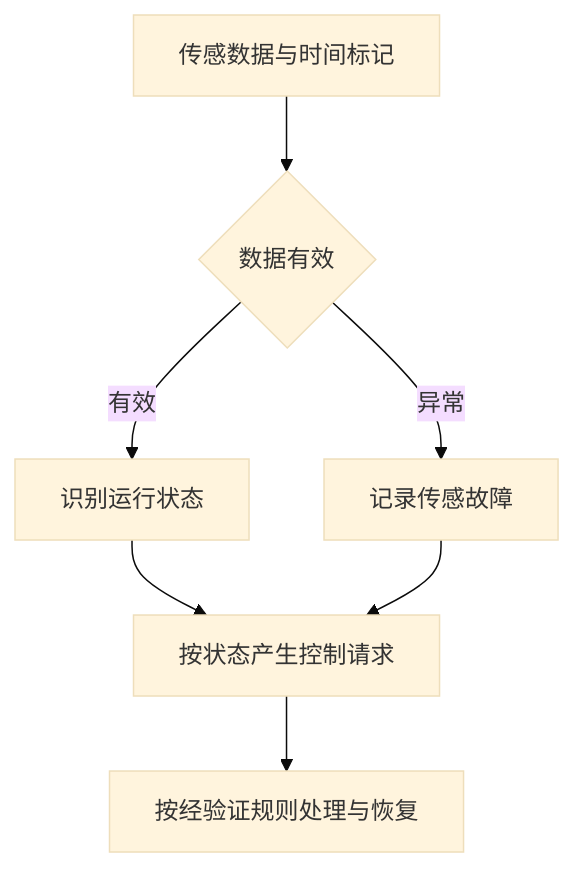
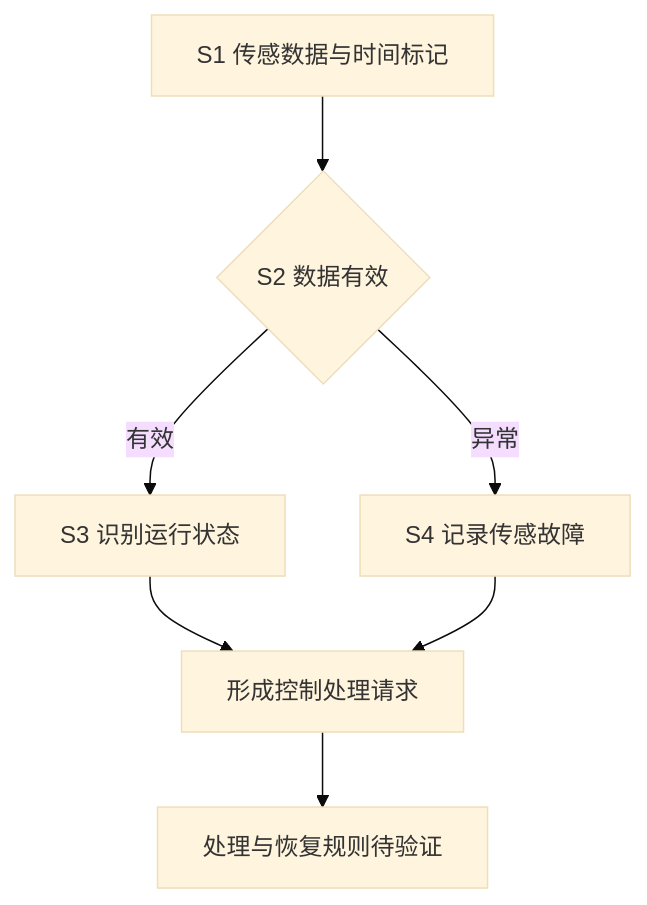
The diagram in training/section-11/patent-packet/方案流程.mmd (RuthlessCreature/University-Agent), drawn with Mermaid (base theme) before and after one commit. The commit also changed 52 other files, not shown here.

Commit message:
Clarify Section 11 claim limitations and connect editable flow to the Word disclosure

```diff
--- a/training/section-11/patent-packet/方案流程.mmd
+++ b/training/section-11/patent-packet/方案流程.mmd
@@ -1,7 +1,7 @@
 flowchart TD
- A[传感数据与时间标记] --> B{数据有效}
- B -->|有效| C[识别运行状态]
- B -->|异常| D[记录传感故障]
- C --> E[按状态产生控制请求]
+ A[S1 传感数据与时间标记] --> B{S2 数据有效}
+ B -->|有效| C[S3 识别运行状态]
+ B -->|异常| D[S4 记录传感故障]
+ C --> E[形成控制处理请求]
  D --> E
- E --> F[按经验证规则处理与恢复]
+ E --> F[处理与恢复规则待验证]
```
